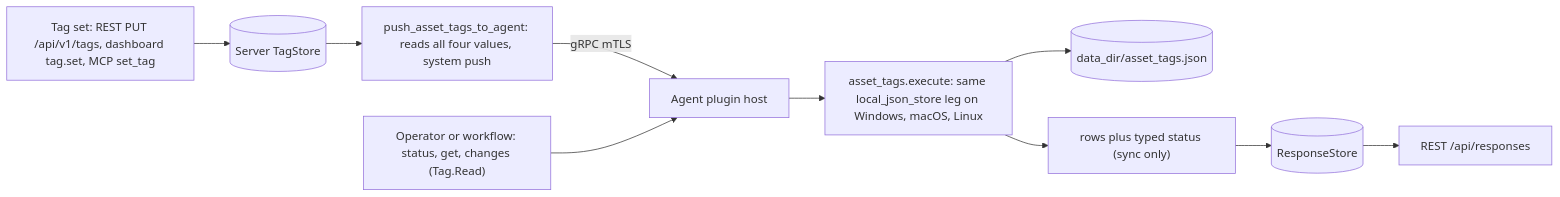
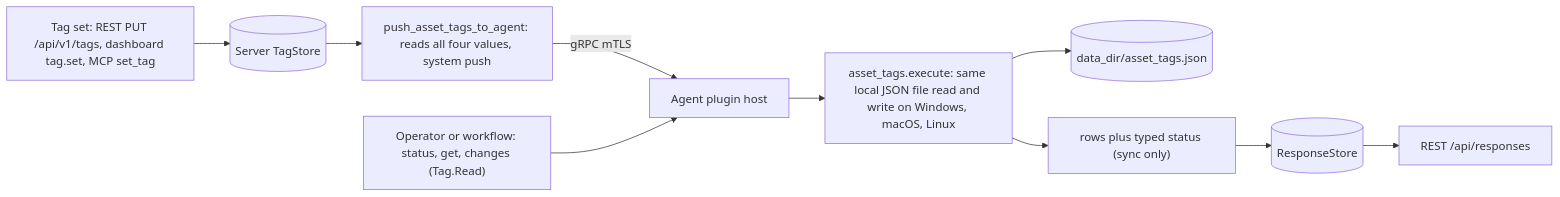
The first of 3 diagrams in agents/plugins/asset_tags/README.md (DevNullLtd/Yuzu), drawn with Mermaid before and after one commit. The commit also changed other lines of this file and 69 other files, not shown here.

````diff
--- a/agents/plugins/asset_tags/README.md
+++ b/agents/plugins/asset_tags/README.md
@@ -21,12 +21,12 @@
 ```mermaid
 flowchart LR
   SET["Tag set: REST PUT /api/v1/tags, dashboard tag.set, MCP set_tag"] --> TS[("Server TagStore")]
   TS --> PUSH["push_asset_tags_to_agent: reads all four values, system push"]
   PUSH -->|"gRPC mTLS"| HOST["Agent plugin host"]
   OP["Operator or workflow: status, get, changes (Tag.Read)"] --> HOST
-  HOST --> EX["asset_tags.execute: same local_json_store leg on Windows, macOS, Linux"]
+  HOST --> EX["asset_tags.execute: same local JSON file read and write on Windows, macOS, Linux"]
   EX --> FILE[("data_dir/asset_tags.json")]
   EX --> ROWS["rows plus typed status (sync only)"]
   ROWS --> RS[("ResponseStore")]
   RS --> API["REST /api/responses"]
 ```
````
